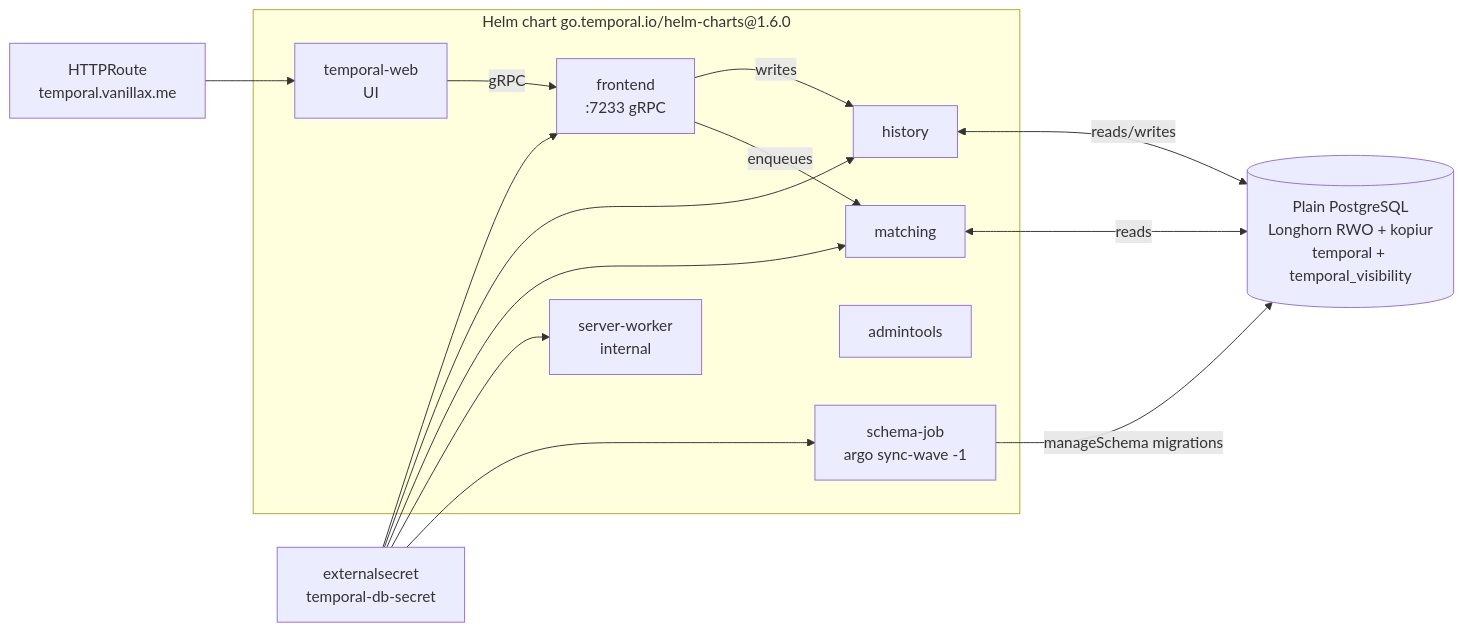
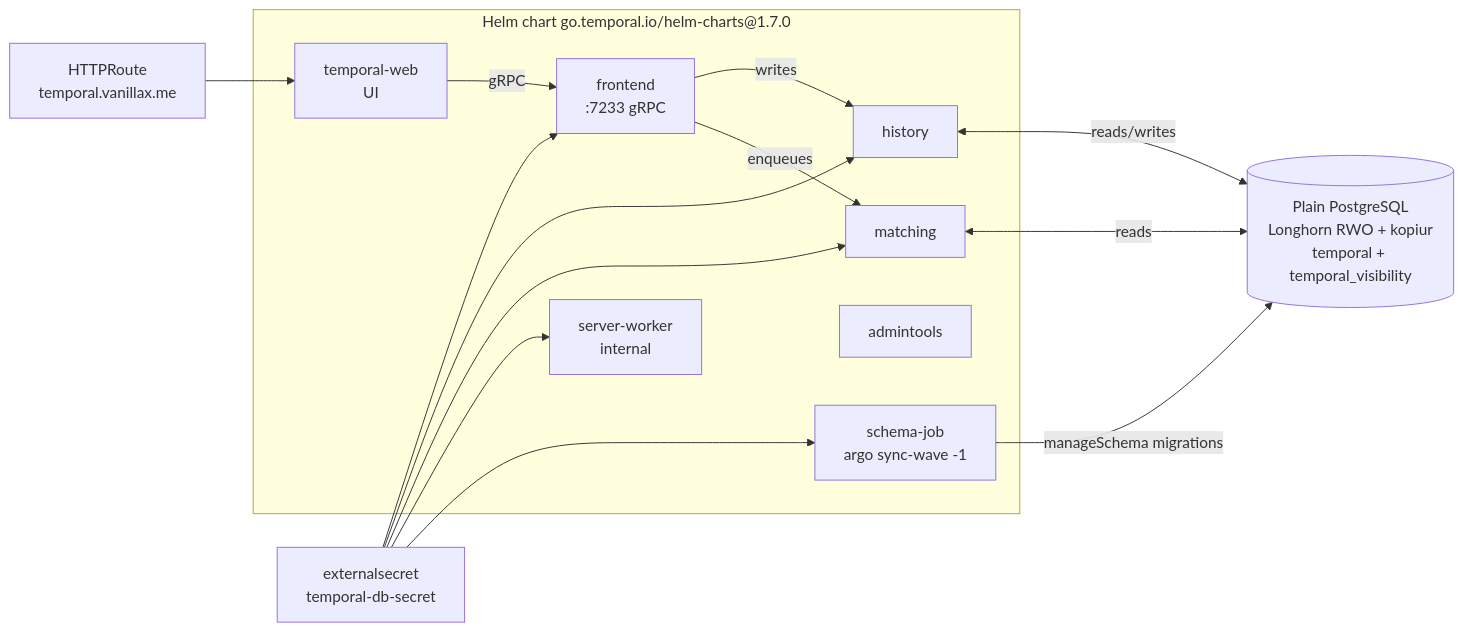
The first of 2 diagrams in my-apps/development/temporal/README.md (mitchross/talos-argocd-proxmox), drawn with Mermaid before and after one commit. The commit also changed other lines of this file and 16 other files, not shown here.

````diff
--- a/my-apps/development/temporal/README.md
+++ b/my-apps/development/temporal/README.md
@@ -16,29 +19,29 @@
 ```mermaid
 flowchart LR
-    subgraph chart[Helm chart go.temporal.io/helm-charts@1.6.0]
+    subgraph chart[Helm chart go.temporal.io/helm-charts@1.7.0]
         FE[frontend<br/>:7233 gRPC]
         HIST[history]
         MATCH[matching]
         IWK[server-worker<br/>internal]
         WEB[temporal-web<br/>UI]
         ADM[admintools]
         JOB[schema-job<br/>argo sync-wave -1]
     end
 
     PG[(Plain PostgreSQL<br/>Longhorn RWO + kopiur<br/>temporal + temporal_visibility)]
     SECRET[externalsecret<br/>temporal-db-secret]
     HR[HTTPRoute<br/>temporal.vanillax.me]
 
     JOB -- "manageSchema migrations" --> PG
     FE -- writes --> HIST
     FE -- enqueues --> MATCH
     HIST <-- reads/writes --> PG
     MATCH <-- reads --> PG
     SECRET --> FE
     SECRET --> HIST
     SECRET --> MATCH
     SECRET --> IWK
     SECRET --> JOB
     WEB -- gRPC --> FE
     HR --> WEB
 ```
````
